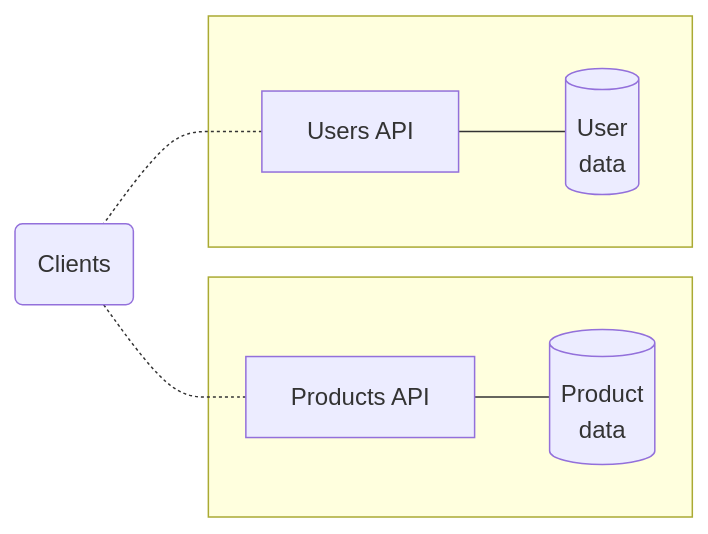
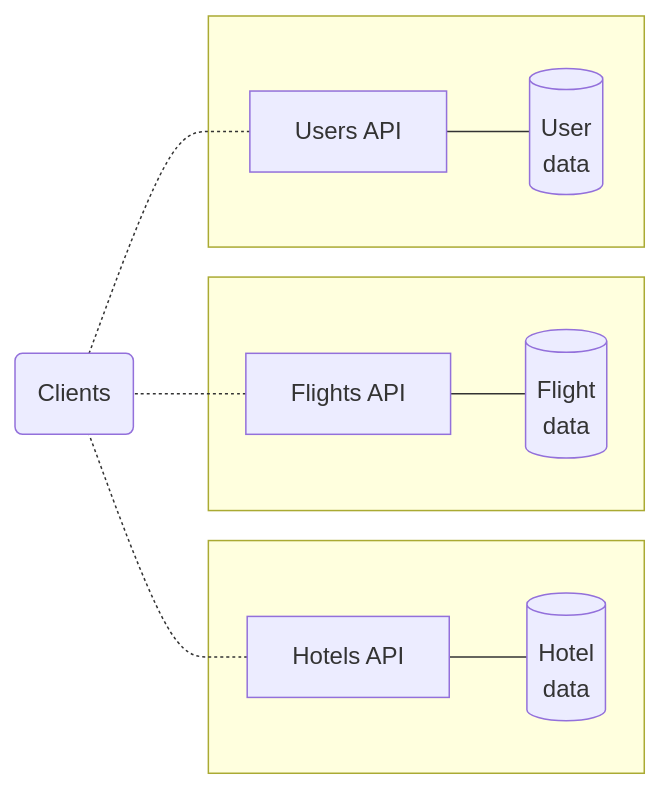
One commit to apollographql/federation changed the second of 4 diagrams in docs/source/index.mdx. Above: the diagram before and after it, drawn with Mermaid. The commit also changed other lines of this file, not shown here.

````diff
--- a/docs/source/index.mdx
+++ b/docs/source/index.mdx
@@ -70,18 +66,24 @@
 ```mermaid
 graph RL;
   subgraph " ";
     databaseA[(User<br/>data)];
     serviceA[Users API];
     databaseA --- serviceA;
   end;
 
   subgraph " ";
-    databaseB[(Product<br/>data)];
-    serviceB[Products API];
+    databaseB[(Flight<br/>data)];
+    serviceB[Flights API];
     databaseB --- serviceB;
   end;
 
+  subgraph " ";
+    databaseC[(Hotel<br/>data)];
+    serviceC[Hotels API];
+    databaseC --- serviceC;
+  end;
+
   clients(Clients);
-  serviceA & serviceB -.- clients;
+  serviceA & serviceB & serviceC -.- clients;
   class clients secondary;
 ```
````
